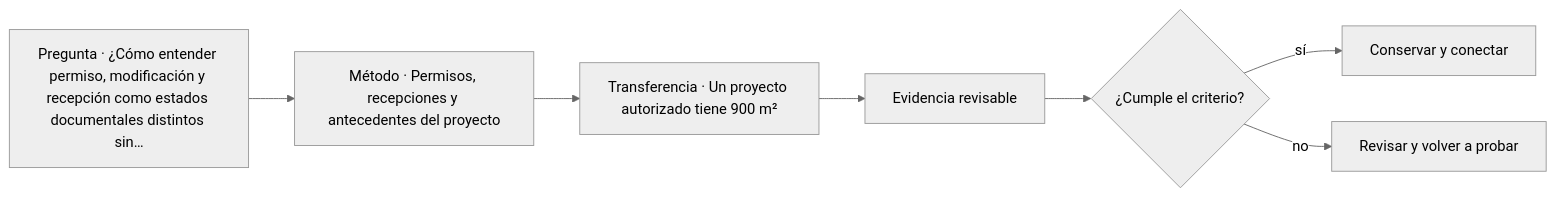
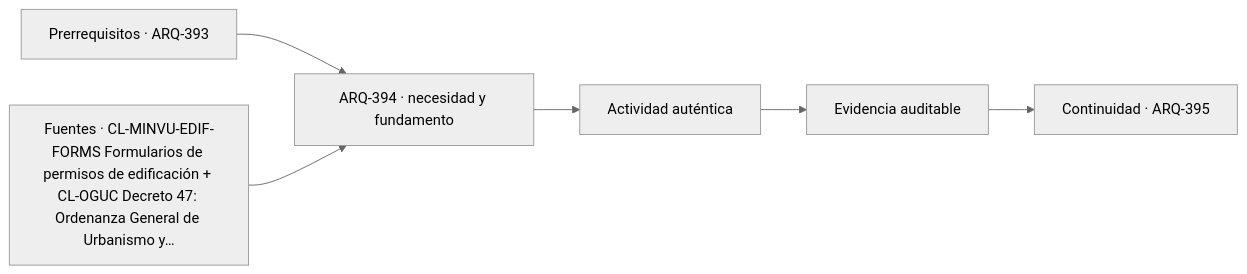
Before and after one commit to vladimiracunadev-create/architecture-built-environment-learning-program: the diagram in classes/parte-40/ARQ-394.md, drawn with Mermaid (neutral theme). The commit also changed other lines of this file and 761 other files, not shown here.

````diff
--- a/classes/parte-40/ARQ-394.md
+++ b/classes/parte-40/ARQ-394.md
@@ -91,9 +103,8 @@
 ```mermaid
 flowchart LR
-    Q["Pregunta · ¿Cómo entender permiso, modificación y recepción como estados documentales distintos sin…"] --> M["Método · Permisos, recepciones y antecedentes del proyecto"]
-    M --> P["Transferencia · Un proyecto autorizado tiene 900 m²"]
-    P --> E["Evidencia revisable"]
-    E --> C{"¿Cumple el criterio?"}
-    C -->|sí| T["Conservar y conectar"]
-    C -->|no| R["Revisar y volver a probar"]
+    A["Prerrequisitos · ARQ-393"] --> B["ARQ-394 · necesidad y fundamento"]
+    S["Fuentes · CL-MINVU-EDIF-FORMS Formularios de permisos de edificación + CL-OGUC Decreto 47: Ordenanza General de Urbanismo y…"] --> B
+    B --> C["Actividad auténtica"]
+    C --> D["Evidencia auditable"]
+    D --> E["Continuidad · ARQ-395"]
 ```
````
